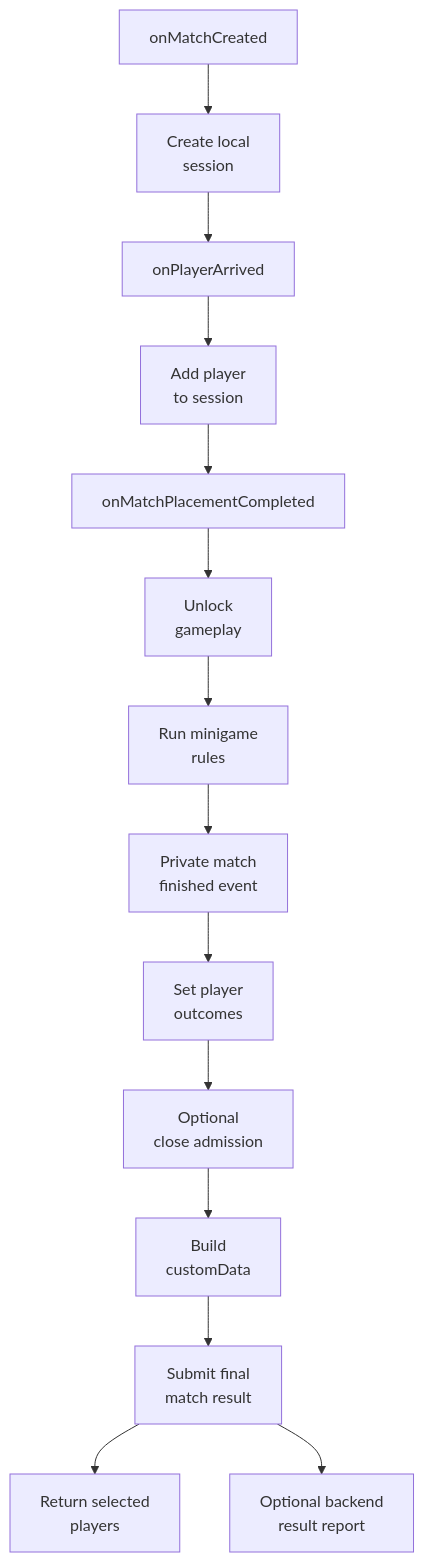
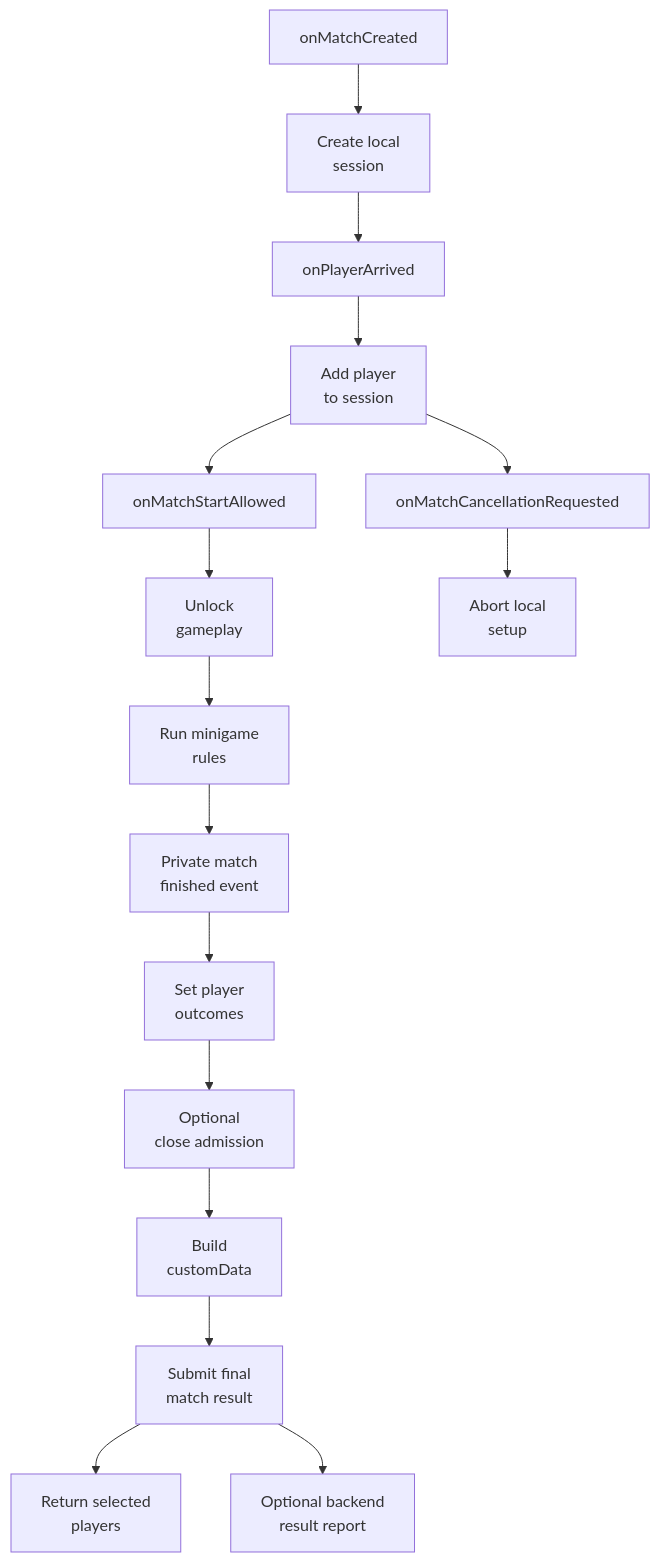
One commit to hyjn-nexori/nexori-docs changed the diagram in docs/public-api/recommended-flow.md. Above: the diagram before and after it, drawn with Mermaid. The commit also changed other lines of this file and 104 other files, not shown here.

````diff
--- a/docs/public-api/recommended-flow.md
+++ b/docs/public-api/recommended-flow.md
@@ -7,16 +7,18 @@
 ```mermaid
 flowchart TD
     A["onMatchCreated"] --> B["Create local<br/>session"]
     B --> C["onPlayerArrived"]
     C --> D["Add player<br/>to session"]
-    D --> E["onMatchPlacementCompleted"]
+    D --> E["onMatchStartAllowed"]
+    D --> X["onMatchCancellationRequested"]
     E --> F["Unlock<br/>gameplay"]
+    X --> Y["Abort local<br/>setup"]
     F --> G["Run minigame<br/>rules"]
     G --> H["Private match<br/>finished event"]
     H --> I["Set player<br/>outcomes"]
     I --> J["Optional<br/>close admission"]
     J --> K["Build<br/>customData"]
     K --> L["Submit final<br/>match result"]
     L --> M["Return selected<br/>players"]
     L --> N["Optional backend<br/>result report"]
 ```
````
